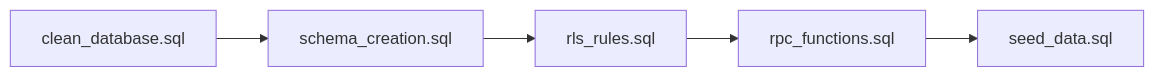
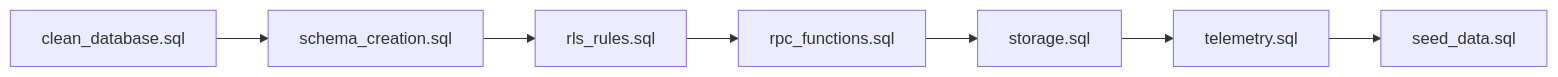
The first of 6 diagrams in sql/README.md (jdgutierrezr/ISIS3510-Moviles-Group32), drawn with Mermaid before and after one commit. The commit also changed other lines of this file and 5 other files, not shown here.

Commit message:
Changes in db schemas and added new tables

````diff
--- a/sql/README.md
+++ b/sql/README.md
@@ -19,7 +21,9 @@
 ```mermaid
 flowchart LR
     A[clean_database.sql] --> B[schema_creation.sql]
     B --> C[rls_rules.sql]
     C --> D[rpc_functions.sql]
-    D --> E[seed_data.sql]
+    D --> E[storage.sql]
+    E --> F[telemetry.sql]
+    F --> G[seed_data.sql]
 ```
````
